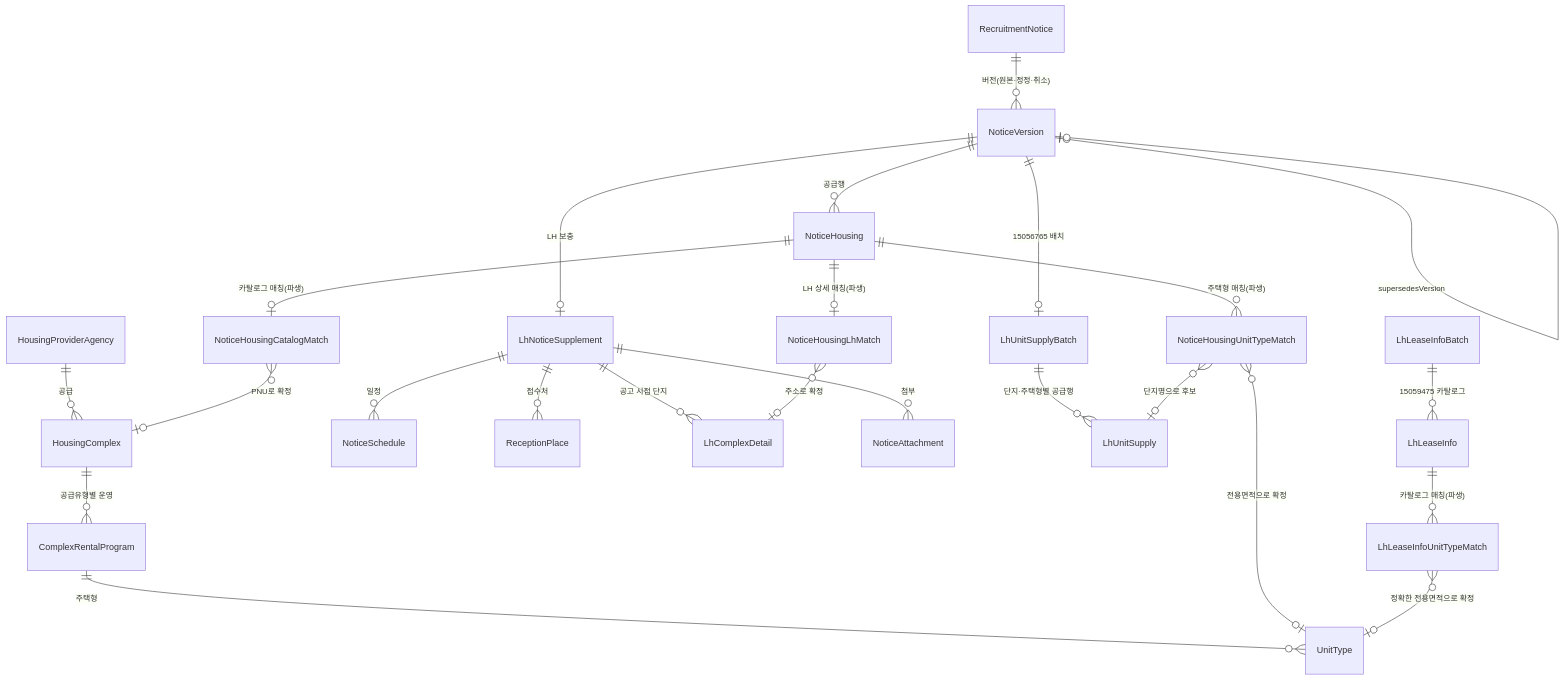
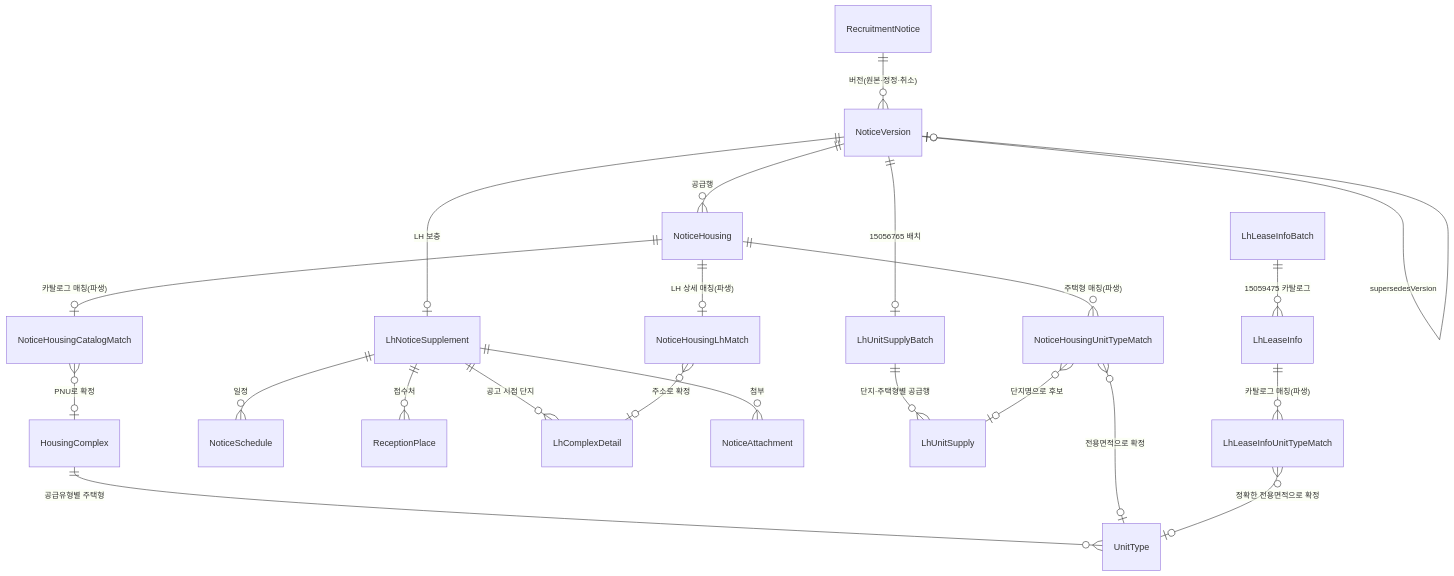
One commit to JunHyung1206/toadzip-api-domain changed the diagram in docs/도메인-설계.md. Above: the diagram before and after it, drawn with Mermaid. The commit also changed other lines of this file and 30 other files, not shown here.

````diff
--- a/docs/도메인-설계.md
+++ b/docs/도메인-설계.md
@@ -35,29 +35,27 @@
 ```mermaid
 erDiagram
-    HousingProviderAgency ||--o{ HousingComplex : "공급"
-    HousingComplex ||--o{ ComplexRentalProgram : "공급유형별 운영"
-    ComplexRentalProgram ||--o{ UnitType : "주택형"
+    HousingComplex ||--o{ UnitType : "공급유형별 주택형"
 
     RecruitmentNotice ||--o{ NoticeVersion : "버전(원본·정정·취소)"
     NoticeVersion |o--o| NoticeVersion : "supersedesVersion"
     NoticeVersion ||--o{ NoticeHousing : "공급행"
     NoticeVersion ||--o| LhNoticeSupplement : "LH 보충"
     LhNoticeSupplement ||--o{ NoticeSchedule : "일정"
     LhNoticeSupplement ||--o{ ReceptionPlace : "접수처"
     LhNoticeSupplement ||--o{ LhComplexDetail : "공고 시점 단지"
     LhNoticeSupplement ||--o{ NoticeAttachment : "첨부"
 
     NoticeHousing ||--o| NoticeHousingCatalogMatch : "카탈로그 매칭(파생)"
     NoticeHousingCatalogMatch }o--o| HousingComplex : "PNU로 확정"
     NoticeHousing ||--o| NoticeHousingLhMatch : "LH 상세 매칭(파생)"
     NoticeHousingLhMatch }o--o| LhComplexDetail : "주소로 확정"
 
     NoticeVersion ||--o| LhUnitSupplyBatch : "15056765 배치"
     LhUnitSupplyBatch ||--o{ LhUnitSupply : "단지·주택형별 공급행"
     LhLeaseInfoBatch ||--o{ LhLeaseInfo : "15059475 카탈로그"
     NoticeHousing ||--o{ NoticeHousingUnitTypeMatch : "주택형 매칭(파생)"
     NoticeHousingUnitTypeMatch }o--o| LhUnitSupply : "단지명으로 후보"
     NoticeHousingUnitTypeMatch }o--o| UnitType : "전용면적으로 확정"
     LhLeaseInfo ||--o{ LhLeaseInfoUnitTypeMatch : "카탈로그 매칭(파생)"
     LhLeaseInfoUnitTypeMatch }o--o| UnitType : "정확한 전용면적으로 확정"
 ```
````
